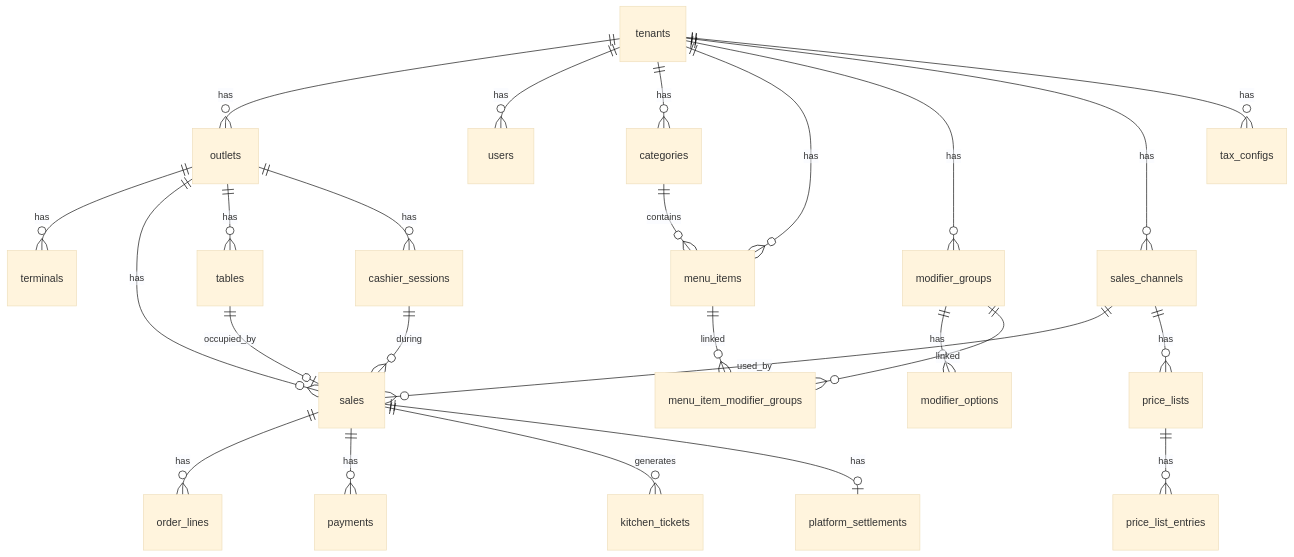
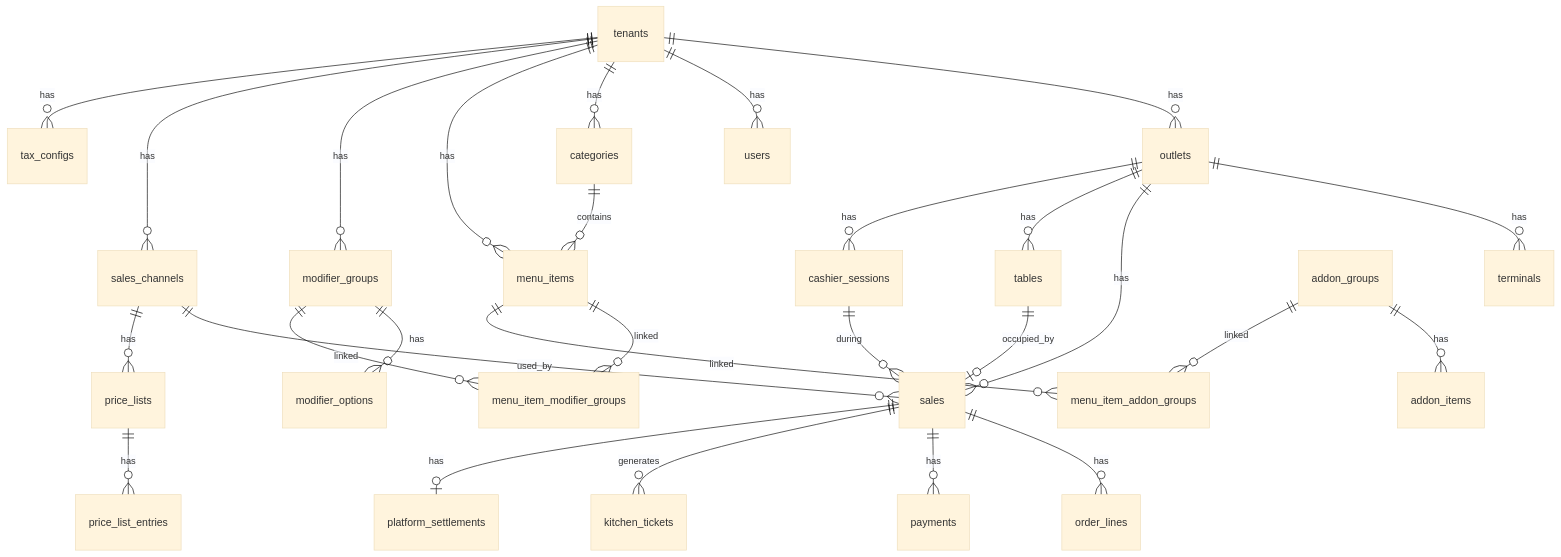
The first of 2 diagrams in docs/05-data-architecture.md (vatoer/id.stargan.intikasirfnb), drawn with Mermaid (base theme) before and after one commit. The commit also changed other lines of this file and 43 other files, not shown here.

````diff
--- a/docs/05-data-architecture.md
+++ b/docs/05-data-architecture.md
@@ -20,31 +20,34 @@
 ```mermaid
 erDiagram
     tenants ||--o{ outlets : has
     tenants ||--o{ users : has
     tenants ||--o{ categories : has
     tenants ||--o{ menu_items : has
     tenants ||--o{ modifier_groups : has
     tenants ||--o{ sales_channels : has
     tenants ||--o{ tax_configs : has
 
     outlets ||--o{ terminals : has
     outlets ||--o{ sales : has
     outlets ||--o{ tables : has
     outlets ||--o{ cashier_sessions : has
 
     categories ||--o{ menu_items : contains
     menu_items ||--o{ menu_item_modifier_groups : linked
     modifier_groups ||--o{ modifier_options : has
     modifier_groups ||--o{ menu_item_modifier_groups : linked
+    menu_items ||--o{ menu_item_addon_groups : linked
+    addon_groups ||--o{ addon_items : has
+    addon_groups ||--o{ menu_item_addon_groups : linked
 
     sales ||--o{ order_lines : has
     sales ||--o{ payments : has
     sales ||--o{ kitchen_tickets : generates
     sales_channels ||--o{ sales : used_by
     sales_channels ||--o{ price_lists : has
     price_lists ||--o{ price_list_entries : has
 
     sales ||--o| platform_settlements : has
     tables ||--o| sales : occupied_by
     cashier_sessions ||--o{ sales : during
 ```
````
